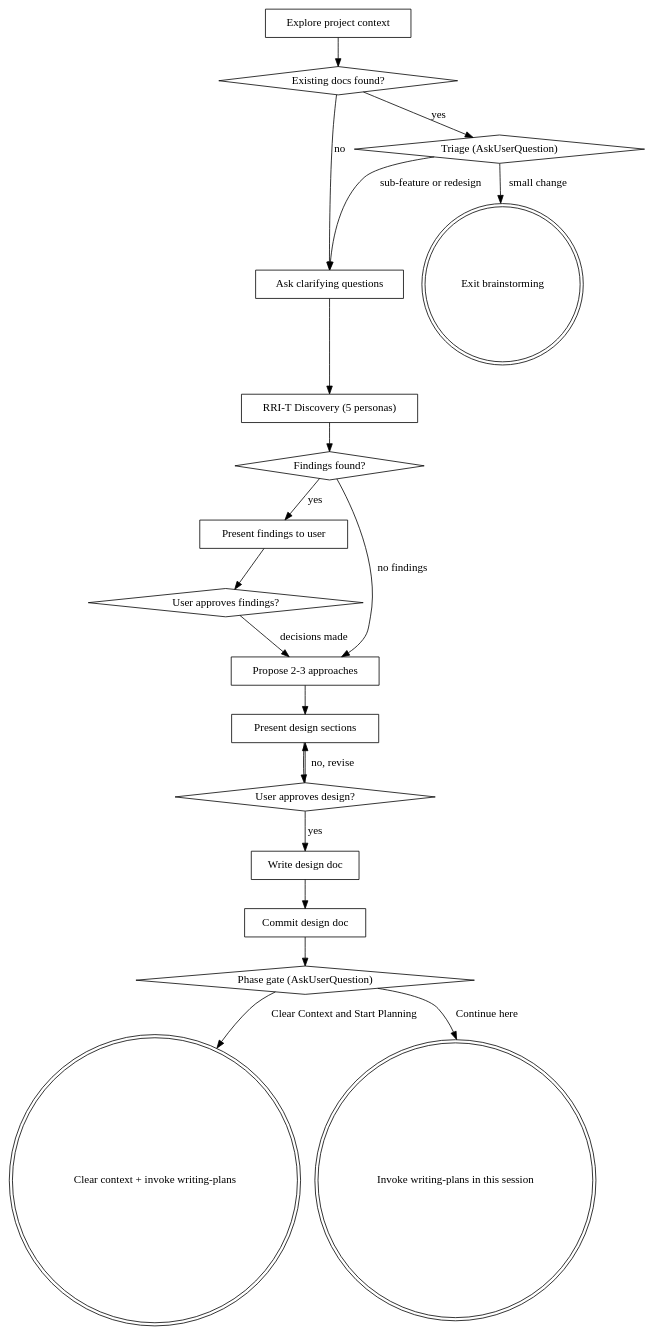
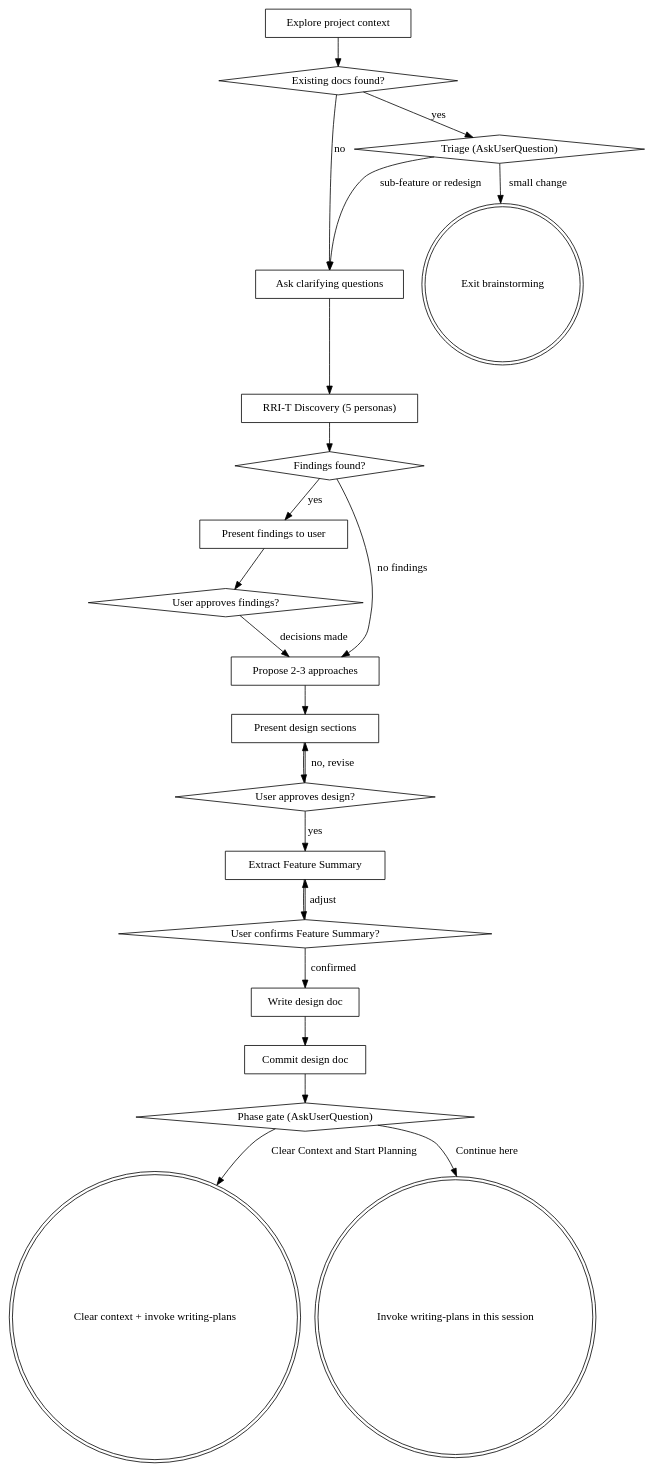
Before and after one commit to khangle95/superpowers-fork: the diagram in skills/brainstorming/SKILL.md, drawn with Graphviz. The commit also changed other lines of this file, not shown here.

Commit message:
feat(brainstorming): add Feature Summary extraction and deferral pickup

````diff
--- a/skills/brainstorming/SKILL.md
+++ b/skills/brainstorming/SKILL.md
@@ -37,41 +42,46 @@
 ```dot
 digraph brainstorming {
     "Explore project context" [shape=box];
     "Ask clarifying questions" [shape=box];
     "RRI-T Discovery (5 personas)" [shape=box];
     "Findings found?" [shape=diamond];
     "Present findings to user" [shape=box];
     "User approves findings?" [shape=diamond];
     "Propose 2-3 approaches" [shape=box];
     "Present design sections" [shape=box];
     "User approves design?" [shape=diamond];
     "Write design doc" [shape=box];
     "Commit design doc" [shape=box];
     "Phase gate (AskUserQuestion)" [shape=diamond];
     "Clear context + invoke writing-plans" [shape=doublecircle];
     "Invoke writing-plans in this session" [shape=doublecircle];
     "Existing docs found?" [shape=diamond];
     "Triage (AskUserQuestion)" [shape=diamond];
     "Exit brainstorming" [shape=doublecircle];
+    "Extract Feature Summary" [shape=box];
+    "User confirms Feature Summary?" [shape=diamond];
 
     "Explore project context" -> "Existing docs found?" ;
     "Existing docs found?" -> "Triage (AskUserQuestion)" [label="yes"];
     "Existing docs found?" -> "Ask clarifying questions" [label="no"];
     "Triage (AskUserQuestion)" -> "Exit brainstorming" [label="small change"];
     "Triage (AskUserQuestion)" -> "Ask clarifying questions" [label="sub-feature or redesign"];
     "Ask clarifying questions" -> "RRI-T Discovery (5 personas)";
     "RRI-T Discovery (5 personas)" -> "Findings found?";
     "Findings found?" -> "Present findings to user" [label="yes"];
     "Findings found?" -> "Propose 2-3 approaches" [label="no findings"];
     "Present findings to user" -> "User approves findings?";
     "User approves findings?" -> "Propose 2-3 approaches" [label="decisions made"];
     "Propose 2-3 approaches" -> "Present design sections";
     "Present design sections" -> "User approves design?";
     "User approves design?" -> "Present design sections" [label="no, revise"];
-    "User approves design?" -> "Write design doc" [label="yes"];
+    "User approves design?" -> "Extract Feature Summary" [label="yes"];
+    "Extract Feature Summary" -> "User confirms Feature Summary?";
+    "User confirms Feature Summary?" -> "Extract Feature Summary" [label="adjust"];
+    "User confirms Feature Summary?" -> "Write design doc" [label="confirmed"];
     "Write design doc" -> "Commit design doc";
     "Commit design doc" -> "Phase gate (AskUserQuestion)";
     "Phase gate (AskUserQuestion)" -> "Clear context + invoke writing-plans" [label="Clear Context and Start Planning"];
     "Phase gate (AskUserQuestion)" -> "Invoke writing-plans in this session" [label="Continue here"];
 }
 ```
````
